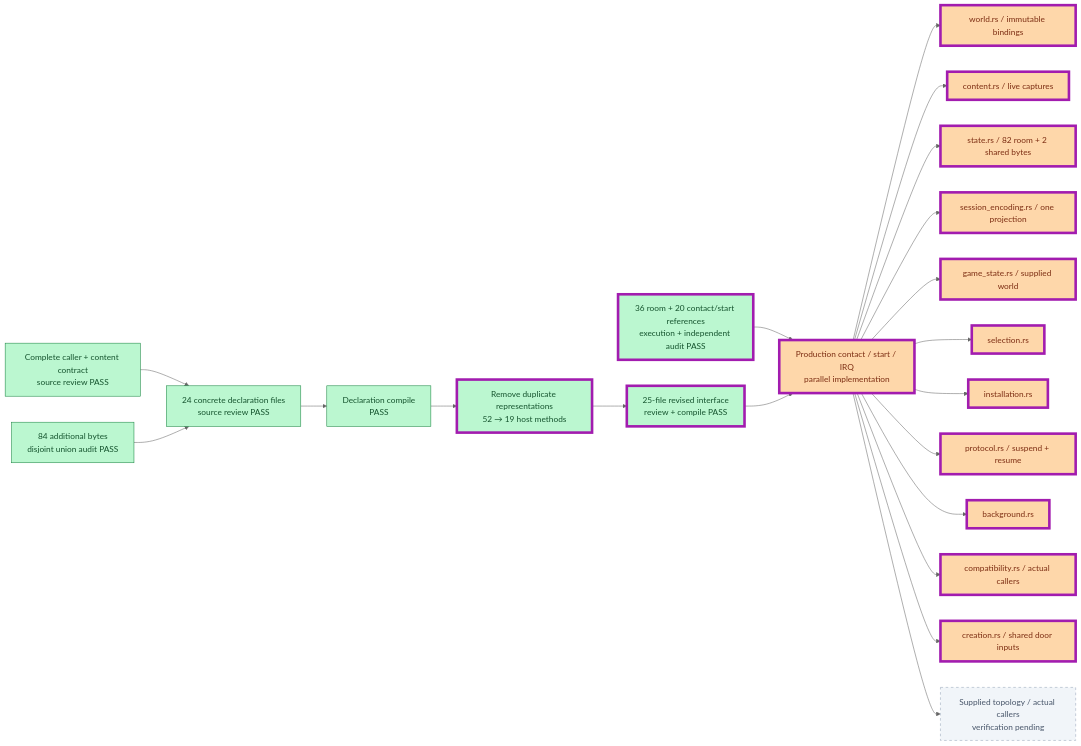
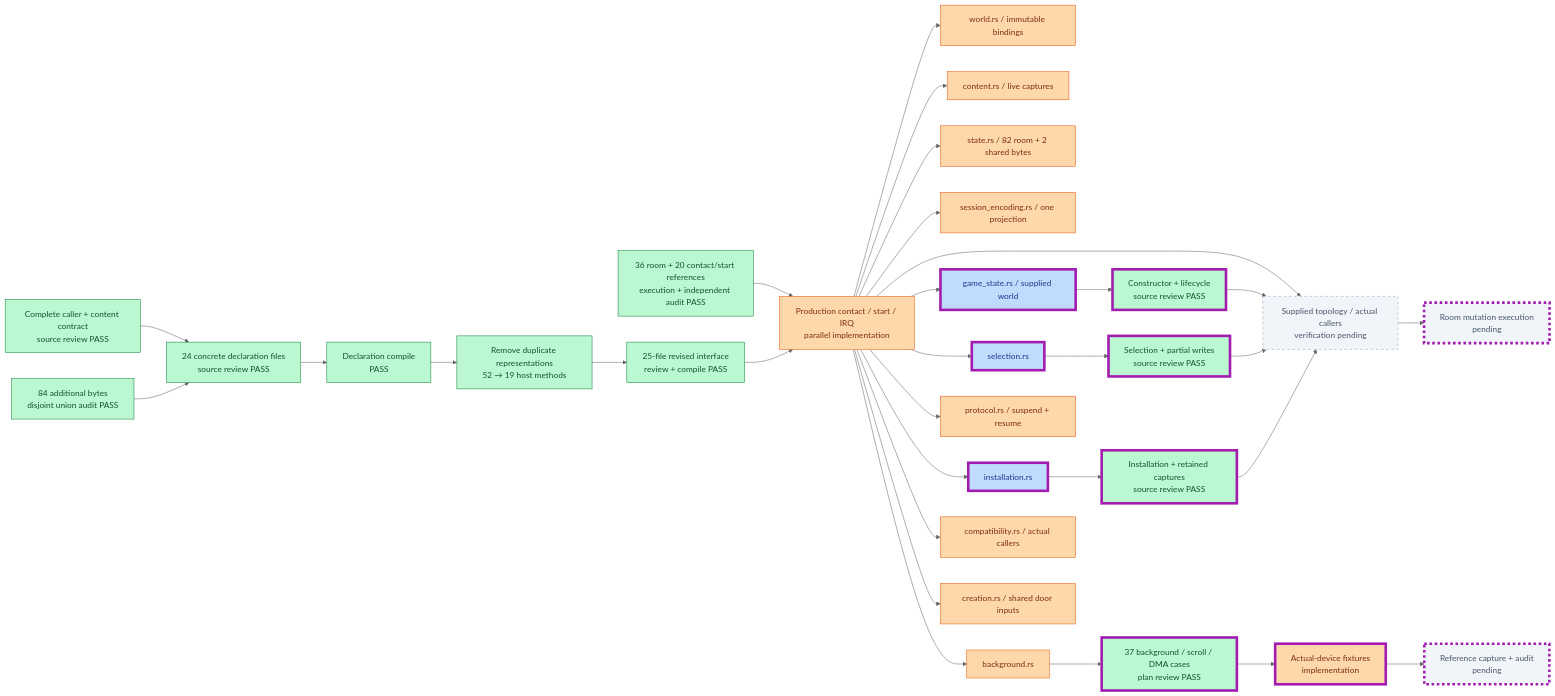
Before and after one commit to JimLundin/sm-decomp: the second of 20 diagrams in PROGRESS.md, drawn with Mermaid (neutral theme). The commit also changed other lines of this file and 1 other file, not shown here.

Commit message:
Show reviewed room drafts and pending execution; diff/progress checks pass [skip ci]

````diff
--- a/PROGRESS.md
+++ b/PROGRESS.md
@@ -26,25 +26,36 @@
 ```mermaid
 flowchart LR
     RC["Complete caller + content contract<br/>source review PASS"]:::done --> RD["24 concrete declaration files<br/>source review PASS"]:::done
     RU["84 additional bytes<br/>disjoint union audit PASS"]:::done --> RD
     RR["36 room + 20 contact/start references<br/>execution + independent audit PASS"]:::done --> RI["Production contact / start / IRQ<br/>parallel implementation"]:::active
     RD --> RB["Declaration compile<br/>PASS"]:::done --> RS["Remove duplicate representations<br/>52 → 19 host methods"]:::done
     RS --> RV["25-file revised interface<br/>review + compile PASS"]:::done --> RI
     RI --> RW["world.rs / immutable bindings"]:::active
     RI --> RCONTENT["content.rs / live captures"]:::active
     RI --> RSTATE["state.rs / 82 room + 2 shared bytes"]:::active
     RI --> RCODEC["session_encoding.rs / one projection"]:::active
-    RI --> ROWNER["game_state.rs / supplied world"]:::active
-    RI --> RSELECT["selection.rs"]:::active
-    RI --> RINSTALL["installation.rs"]:::active
+    RI --> ROWNER["game_state.rs / supplied world"]:::draft
+    RI --> RSELECT["selection.rs"]:::draft
+    RI --> RINSTALL["installation.rs"]:::draft
+    ROWNER --> ROWNERCHECK["Constructor + lifecycle<br/>source review PASS"]:::done
+    RSELECT --> RSELECTCHECK["Selection + partial writes<br/>source review PASS"]:::done
+    RINSTALL --> RINSTALLCHECK["Installation + retained captures<br/>source review PASS"]:::done
     RI --> RPROTO["protocol.rs / suspend + resume"]:::active
     RI --> RBG["background.rs"]:::active
     RI --> RCOMPAT["compatibility.rs / actual callers"]:::active
     RI --> RPLM["creation.rs / shared door inputs"]:::active
     RI --> RT["Supplied topology / actual callers<br/>verification pending"]:::pending
-    class RR,RS,RV,RI,RW,RCONTENT,RSTATE,RCODEC,ROWNER,RSELECT,RINSTALL,RPROTO,RBG,RCOMPAT,RPLM changed
+    ROWNERCHECK --> RT
+    RSELECTCHECK --> RT
+    RINSTALLCHECK --> RT
+    RBG --> RBPLAN["37 background / scroll / DMA cases<br/>plan review PASS"]:::done
+    RBPLAN --> RBFIX["Actual-device fixtures<br/>implementation"]:::active
+    RBFIX --> RBCAP["Reference capture + audit<br/>pending"]:::pending
+    RT --> RMUT["Room mutation execution<br/>pending"]:::pending
+    class ROWNER,RSELECT,RINSTALL,ROWNERCHECK,RSELECTCHECK,RINSTALLCHECK,RBPLAN,RBFIX,RBCAP,RMUT changed
     classDef done fill:#bbf7d0,stroke:#15803d,color:#14532d
+    classDef draft fill:#bfdbfe,stroke:#2563eb,color:#1e3a8a
     classDef active fill:#fed7aa,stroke:#ea580c,color:#7c2d12
     classDef pending fill:#f1f5f9,stroke:#94a3b8,color:#475569,stroke-dasharray:5 5
     classDef changed stroke:#a21caf,stroke-width:5px
 ```
````
